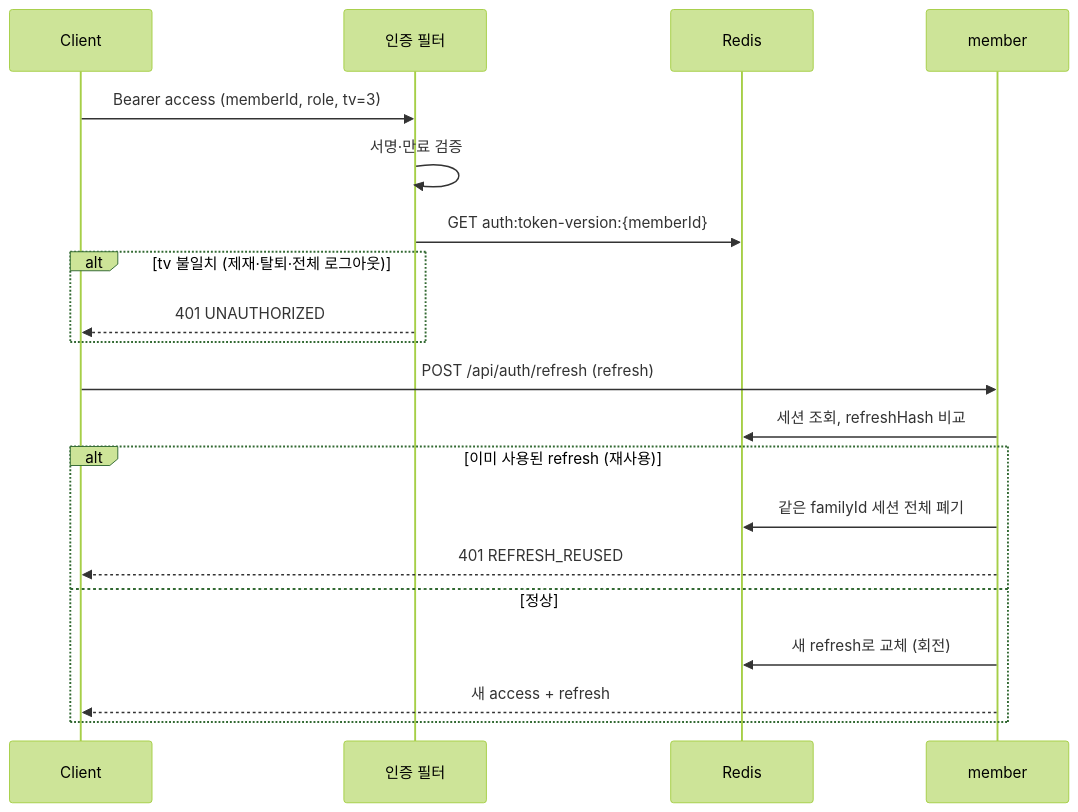
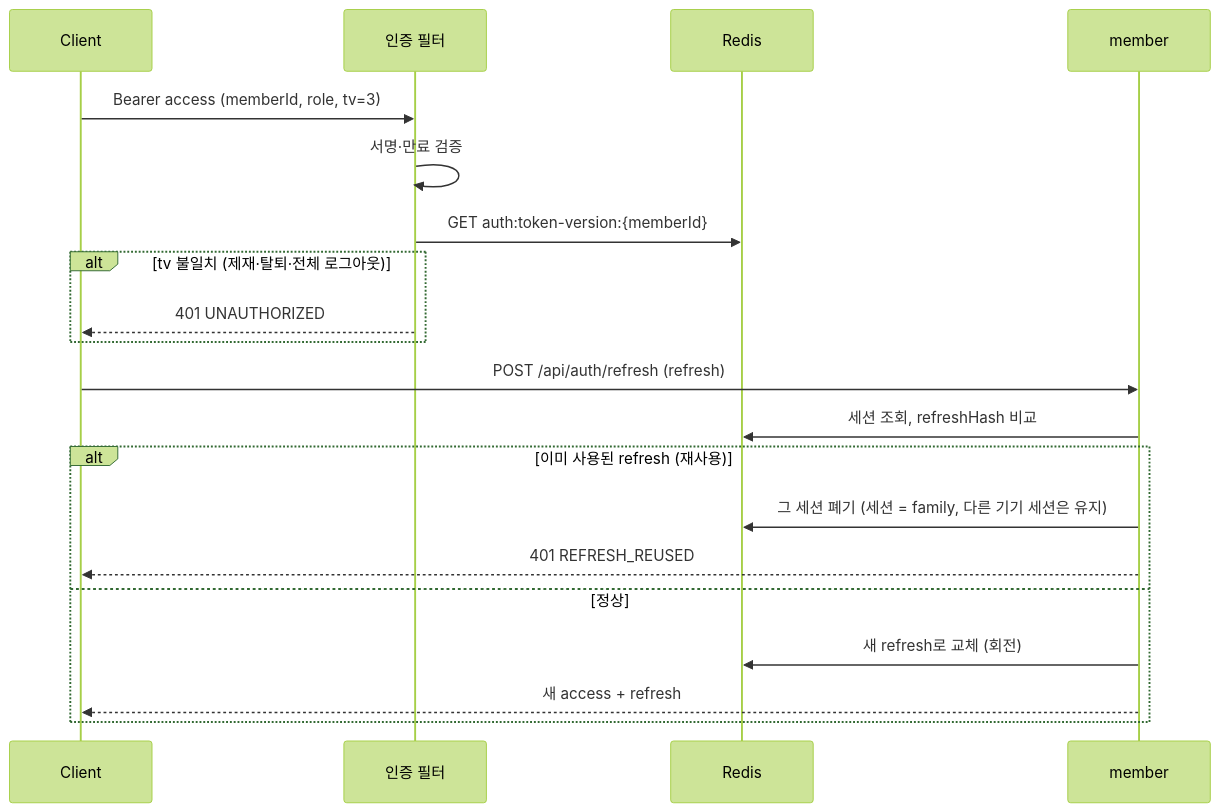
One commit to 95twan/myroutine-v2 changed the tenth of 10 diagrams in docs/02-design/06-sequences.md. Above: the diagram before and after it, drawn with Mermaid (forest theme). The commit also changed other lines of this file and 20 other files, not shown here.

````diff
--- a/docs/02-design/06-sequences.md
+++ b/docs/02-design/06-sequences.md
@@ -263,22 +267,22 @@
 ```mermaid
 sequenceDiagram
   participant C as Client
   participant F as 인증 필터
   participant R as Redis
   participant M as member
   C->>F: Bearer access (memberId, role, tv=3)
   F->>F: 서명·만료 검증
   F->>R: GET auth:token-version:{memberId}
   alt tv 불일치 (제재·탈퇴·전체 로그아웃)
     F-->>C: 401 UNAUTHORIZED
   end
   C->>M: POST /api/auth/refresh (refresh)
   M->>R: 세션 조회, refreshHash 비교
   alt 이미 사용된 refresh (재사용)
-    M->>R: 같은 familyId 세션 전체 폐기
+    M->>R: 그 세션 폐기 (세션 = family, 다른 기기 세션은 유지)
     M-->>C: 401 REFRESH_REUSED
   else 정상
     M->>R: 새 refresh로 교체 (회전)
     M-->>C: 새 access + refresh
   end
 ```
````
